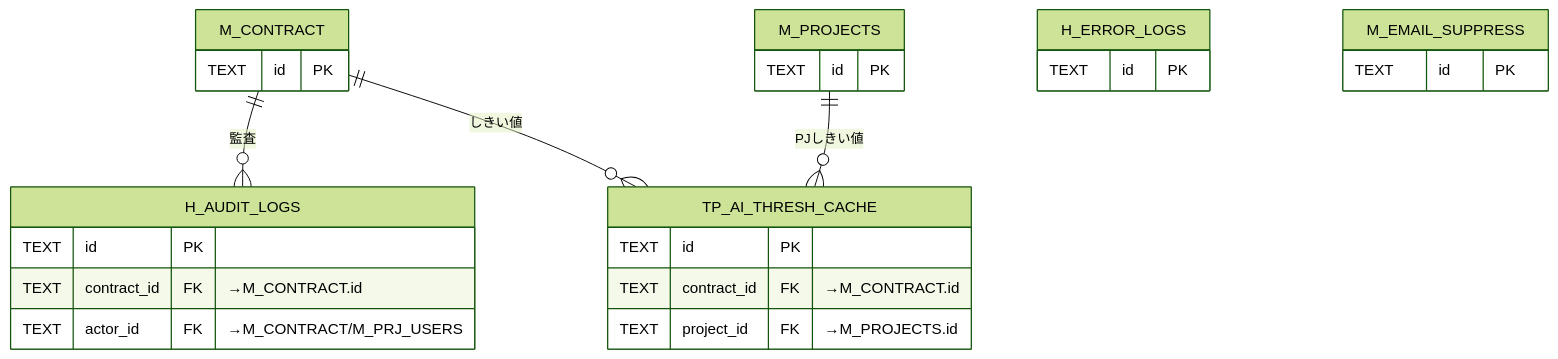
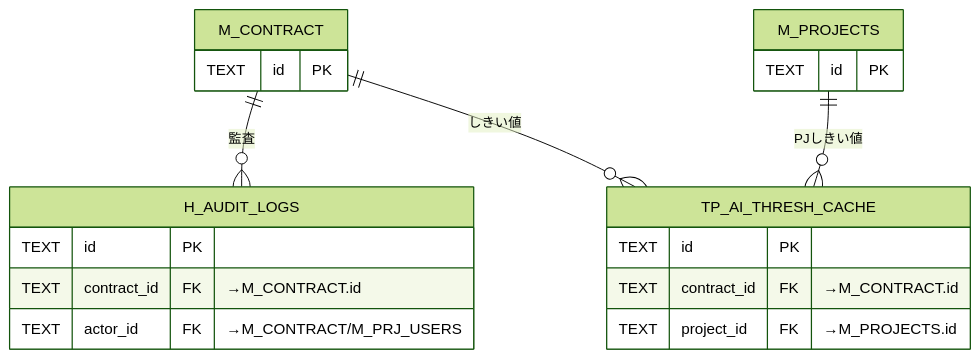
Before and after one commit to sikakou54/open-faq: diagram 12 of 12 in 02_basic-design/03_database-design.md, drawn with Mermaid (forest theme).

Commit message:
DB設計: ER図から外部キー関連を持たない独立テーブル(H_ERROR_LOGS / M_EMAIL_SUPPRESS)を除外
Claude-Session: https://claude.ai/code/session_01UyPK3or74pzr7ch1RCnDPF

````diff
--- a/02_basic-design/03_database-design.md
+++ b/02_basic-design/03_database-design.md
@@ -313,16 +313,14 @@
 ```mermaid
 erDiagram
   M_CONTRACT { TEXT id PK }
   M_PROJECTS { TEXT id PK }
   H_AUDIT_LOGS { TEXT id PK
     TEXT contract_id FK "→M_CONTRACT.id"
     TEXT actor_id FK "→M_CONTRACT/M_PRJ_USERS" }
   TP_AI_THRESH_CACHE { TEXT id PK
     TEXT contract_id FK "→M_CONTRACT.id"
     TEXT project_id FK "→M_PROJECTS.id" }
-  H_ERROR_LOGS { TEXT id PK }
-  M_EMAIL_SUPPRESS { TEXT id PK }
   M_CONTRACT ||--o{ H_AUDIT_LOGS : "監査"
   M_CONTRACT ||--o{ TP_AI_THRESH_CACHE : "しきい値"
   M_PROJECTS ||--o{ TP_AI_THRESH_CACHE : "PJしきい値"
 ```
````
